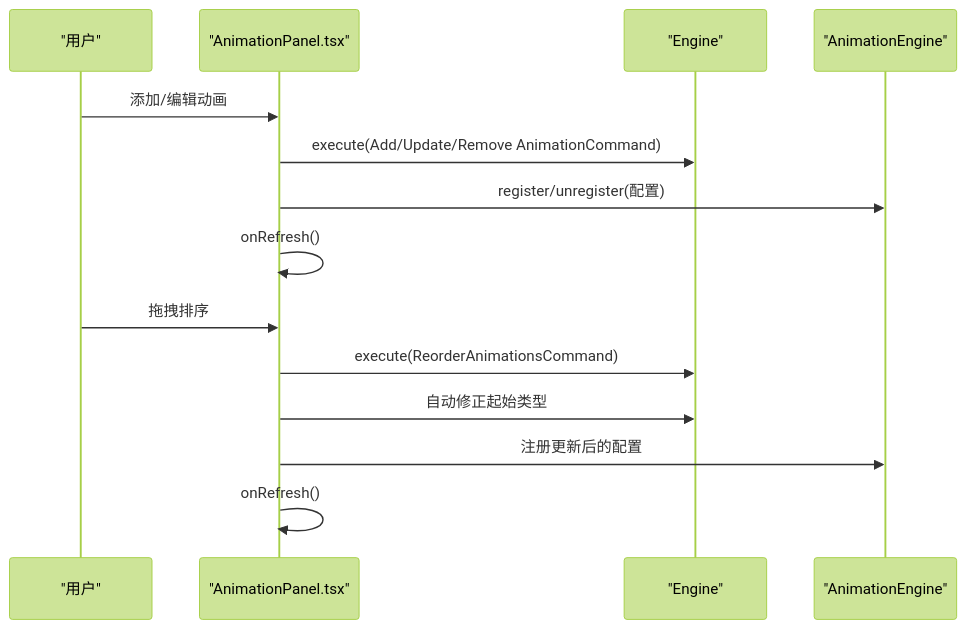
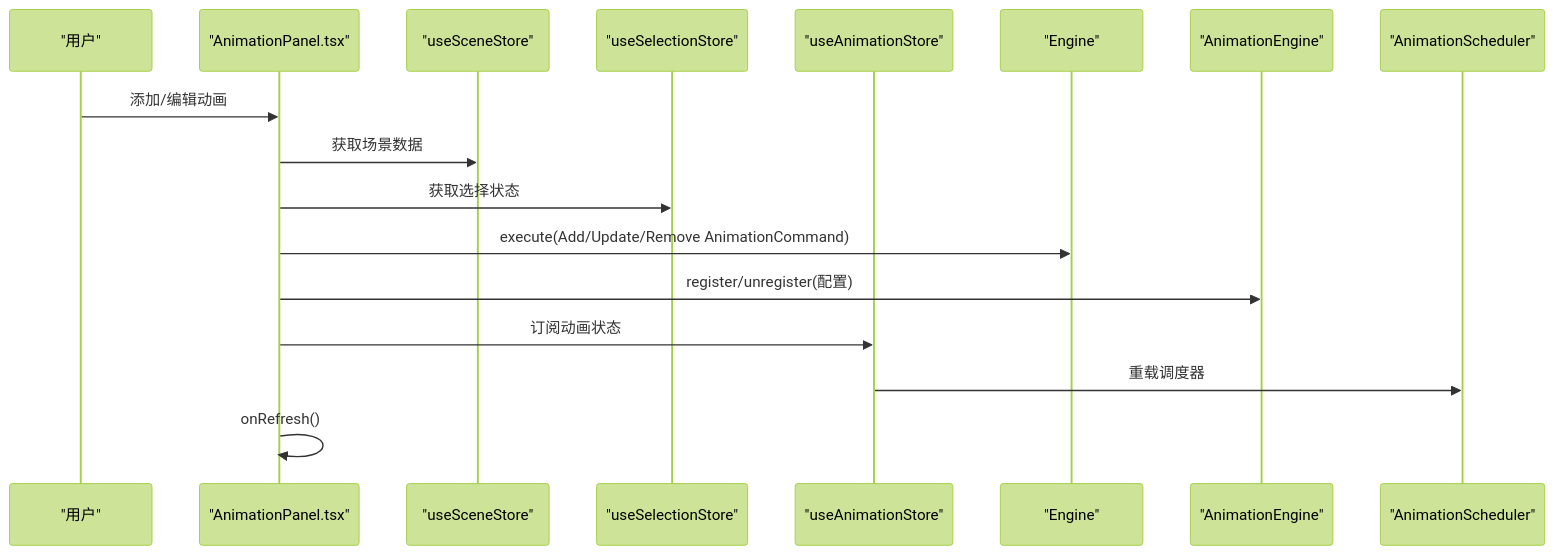
Before and after one commit to Anna0314zy/ai_editor_enginer: the seventh of 10 diagrams in .qoder/repowiki/zh/content/核心架构/组件交互.md, drawn with Mermaid (forest theme). The commit also changed other lines of this file and 17 other files, not shown here.

````diff
--- a/.qoder/repowiki/zh/content/核心架构/组件交互.md
+++ b/.qoder/repowiki/zh/content/核心架构/组件交互.md
@@ -285,16 +354,19 @@
 ```mermaid
 sequenceDiagram
-participant U as "用户"
-participant P as "AnimationPanel.tsx"
-participant E as "Engine"
-participant A as "AnimationEngine"
-U->>P : 添加/编辑动画
-P->>E : execute(Add/Update/Remove AnimationCommand)
-P->>A : register/unregister(配置)
-P->>P : onRefresh()
-U->>P : 拖拽排序
-P->>E : execute(ReorderAnimationsCommand)
-P->>E : 自动修正起始类型
-P->>A : 注册更新后的配置
-P->>P : onRefresh()
+participant USER as "用户"
+participant PANEL as "AnimationPanel.tsx"
+participant SCENEHOOK as "useSceneStore"
+participant SELHOOK as "useSelectionStore"
+participant ANIMHOOK as "useAnimationStore"
+participant ENGINE as "Engine"
+participant ANIMENG as "AnimationEngine"
+participant SCHED as "AnimationScheduler"
+USER->>PANEL : 添加/编辑动画
+PANEL->>SCENEHOOK : 获取场景数据
+PANEL->>SELHOOK : 获取选择状态
+PANEL->>ENGINE : execute(Add/Update/Remove AnimationCommand)
+PANEL->>ANIMENG : register/unregister(配置)
+PANEL->>ANIMHOOK : 订阅动画状态
+ANIMHOOK->>SCHED : 重载调度器
+PANEL->>PANEL : onRefresh()
 ```
````
